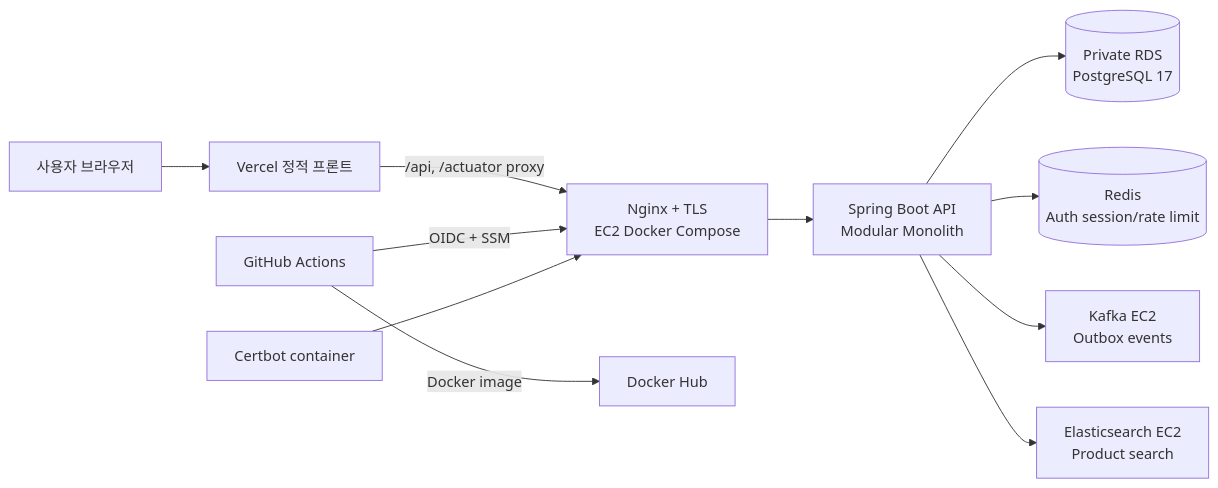
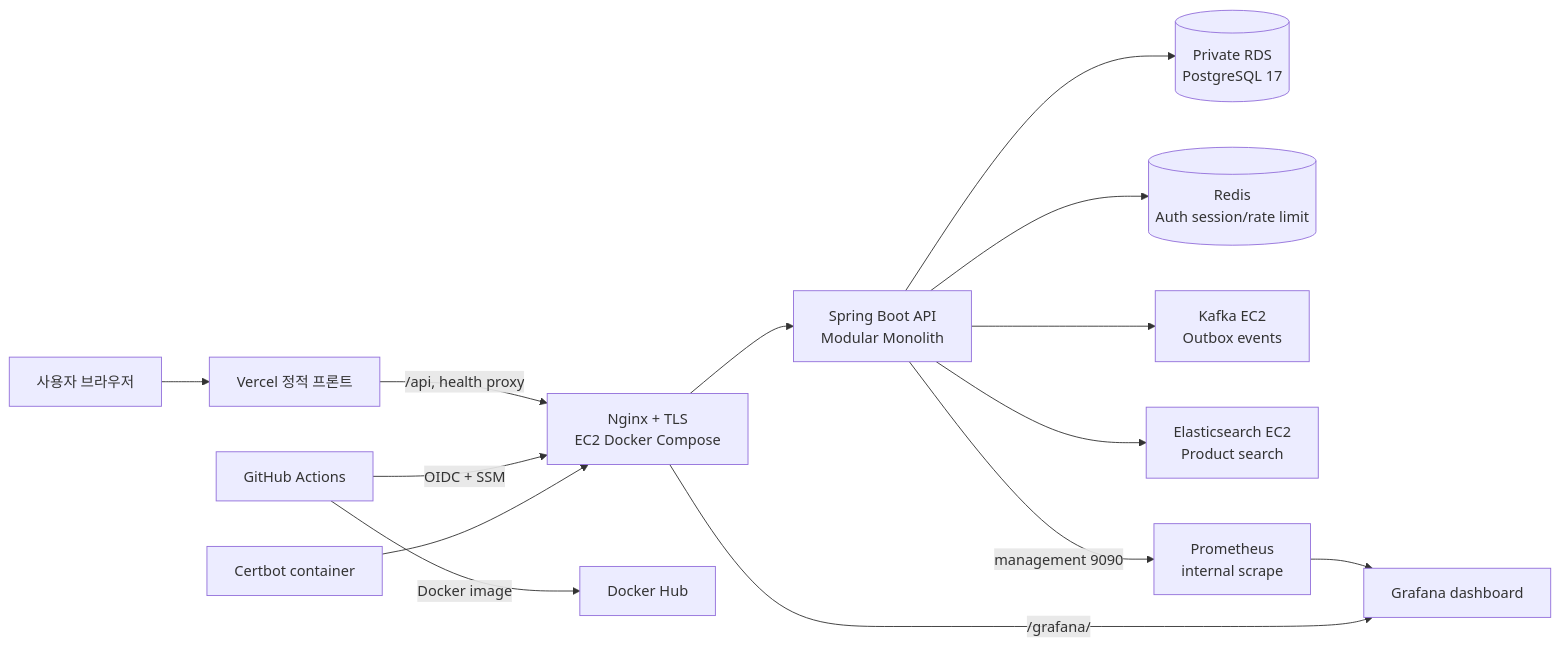
One commit to xixvivji/SKALA-shop-api changed the first of 2 diagrams in README.md. Above: the diagram before and after it, drawn with Mermaid. The commit also changed other lines of this file and 3 other files, not shown here.

````diff
--- a/README.md
+++ b/README.md
@@ -88,13 +97,16 @@
 ```mermaid
 flowchart LR
     U[사용자 브라우저] --> V[Vercel 정적 프론트]
-    V -->|/api, /actuator proxy| N[Nginx + TLS<br/>EC2 Docker Compose]
+    V -->|/api, health proxy| N[Nginx + TLS<br/>EC2 Docker Compose]
     N --> B[Spring Boot API<br/>Modular Monolith]
     B --> R[(Private RDS<br/>PostgreSQL 17)]
     B --> RD[(Redis<br/>Auth session/rate limit)]
     B --> K[Kafka EC2<br/>Outbox events]
     B --> E[Elasticsearch EC2<br/>Product search]
+    B -->|management 9090| P[Prometheus<br/>internal scrape]
+    P --> GR[Grafana dashboard]
+    N -->|/grafana/| GR
     G[GitHub Actions] -->|Docker image| D[Docker Hub]
     G -->|OIDC + SSM| N
     C[Certbot container] --> N
 ```
````
